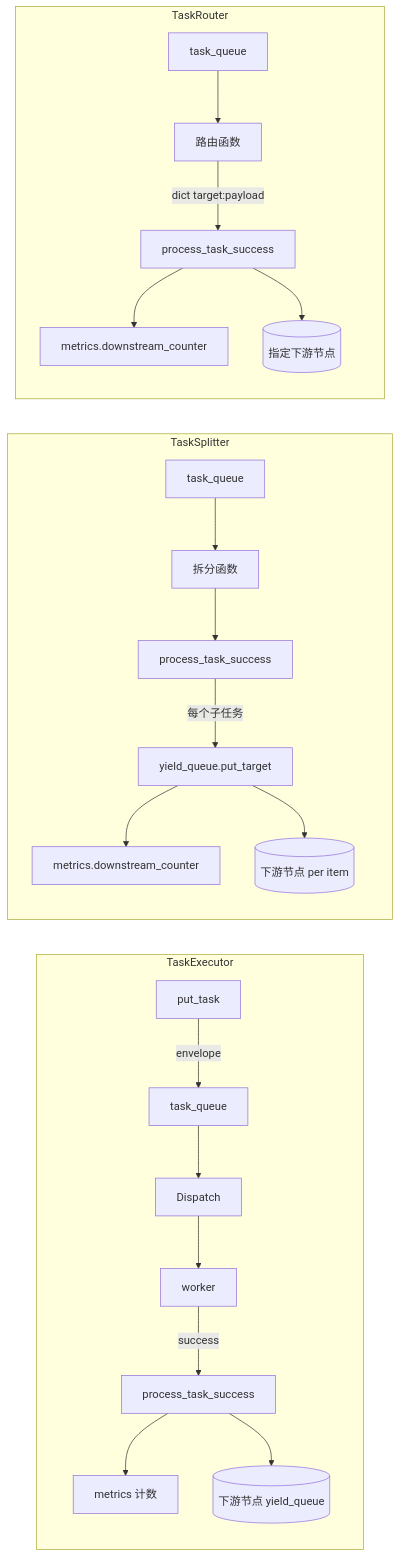
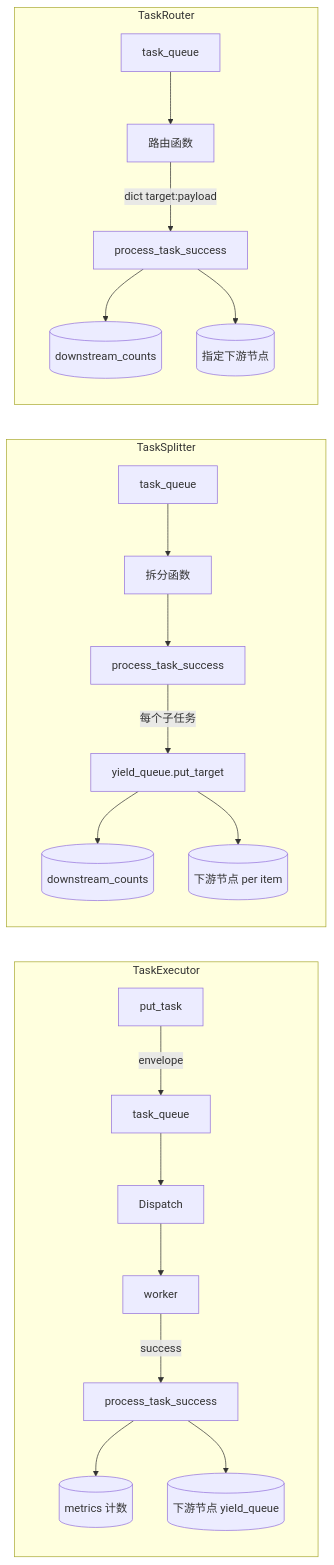
The diagram in docs/zh-CN/tests/node/test_nodes.md (Mr-xiaotian/CelestialFlow), drawn with Mermaid before and after one commit. The commit also changed other lines of this file and 74 other files, not shown here.

````diff
--- a/docs/zh-CN/tests/node/test_nodes.md
+++ b/docs/zh-CN/tests/node/test_nodes.md
@@ -63,26 +66,26 @@
 ```mermaid
 flowchart LR
     subgraph "TaskExecutor"
         PutTask[put_task] -->|envelope| Q[task_queue]
         Q --> D[Dispatch]
         D --> W[worker]
         W -->|success| SP[process_task_success]
-        SP --> Counter[metrics 计数]
+        SP --> Counter[(metrics 计数)]
         SP --> Downstream[(下游节点 yield_queue)]
     end
 
     subgraph "TaskSplitter"
         Q2[task_queue] --> DS[拆分函数]
         DS --> PSR[process_task_success]
         PSR -->|每个子任务| PSR_put[yield_queue.put_target]
-        PSR_put --> SC[metrics.downstream_counter]
+        PSR_put --> SC[(downstream_counts)]
         PSR_put --> Down2[(下游节点 per item)]
     end
 
     subgraph "TaskRouter"
         Q3[task_queue] --> DR[路由函数]
         DR -->|dict target:payload| PR[process_task_success]
-        PR --> RC[metrics.downstream_counter]
+        PR --> RC[(downstream_counts)]
         PR --> Down3[(指定下游节点)]
     end
 ```
````
